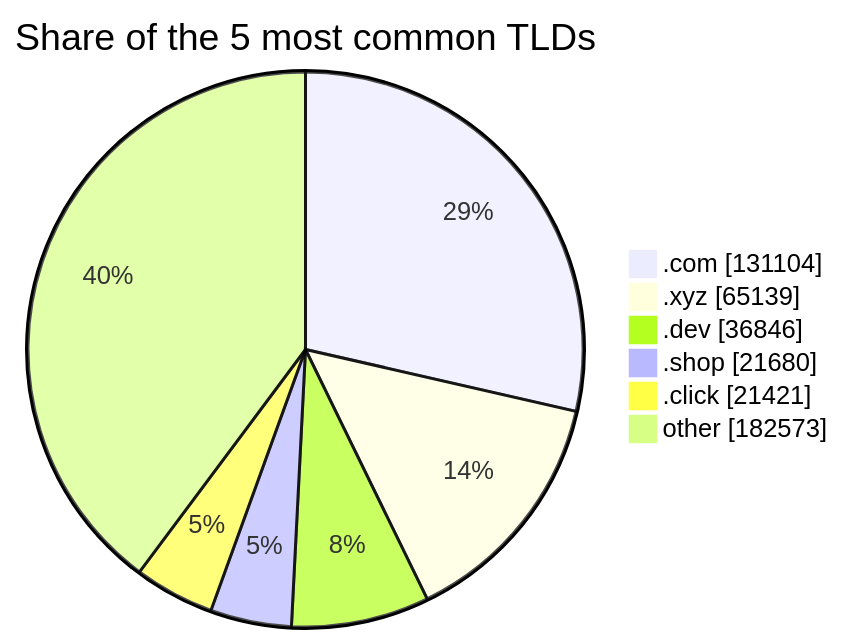
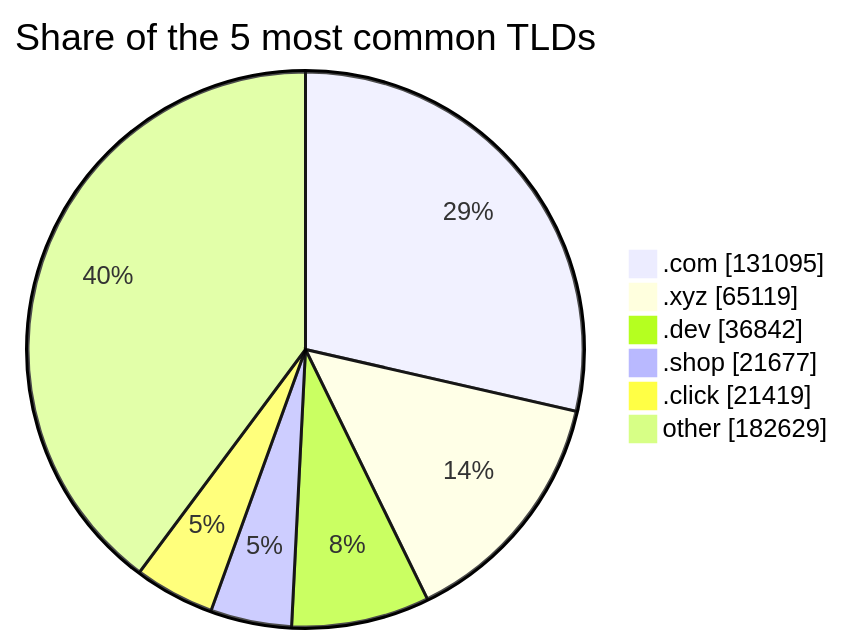
One commit to DNSBunker/CTI changed the third of 3 diagrams in README.md. Above: the diagram before and after it, drawn with Mermaid. The commit also changed other lines of this file and 3 other files, not shown here.

````diff
--- a/README.md
+++ b/README.md
@@ -81,9 +81,9 @@
 ```mermaid
 pie showData title Share of the 5 most common TLDs
-    ".com" : 131104
-    ".xyz" : 65139
-    ".dev" : 36846
-    ".shop" : 21680
-    ".click" : 21421
-    "other" : 182573
+    ".com" : 131095
+    ".xyz" : 65119
+    ".dev" : 36842
+    ".shop" : 21677
+    ".click" : 21419
+    "other" : 182629
 ```
````
